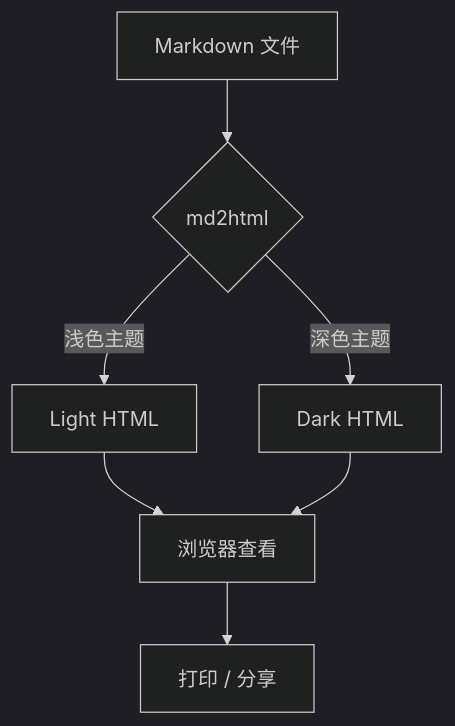
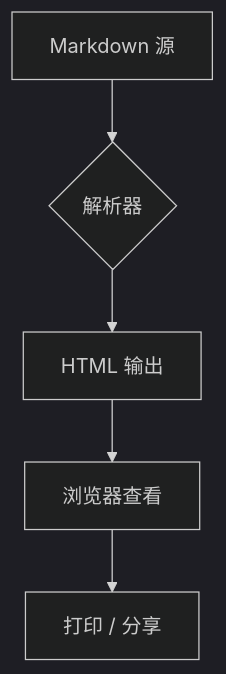
The first of 4 diagrams in examples/demo.md (neobuilding/markflow), drawn with Mermaid (dark theme) before and after one commit. The commit also changed other lines of this file and 23 other files, not shown here.

````diff
--- a/examples/demo.md
+++ b/examples/demo.md
@@ -55,9 +68,7 @@
 ```mermaid
 graph TD
-    A[Markdown 文件] --> B{md2html}
-    B -->|浅色主题| C[Light HTML]
-    B -->|深色主题| D[Dark HTML]
-    C --> E[浏览器查看]
-    D --> E
-    E --> F[打印 / 分享]
+    A[Markdown 源] --> B{解析器}
+    B --> C[HTML 输出]
+    C --> D[浏览器查看]
+    D --> E[打印 / 分享]
 ```
````
